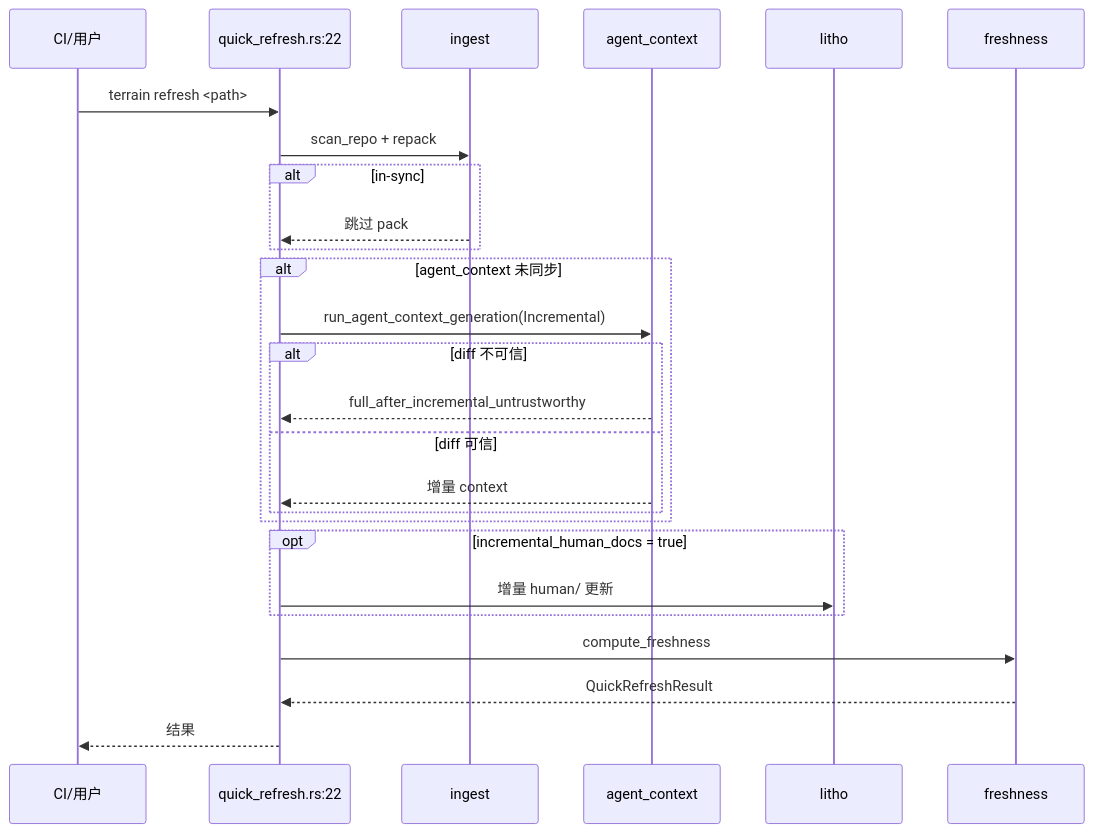
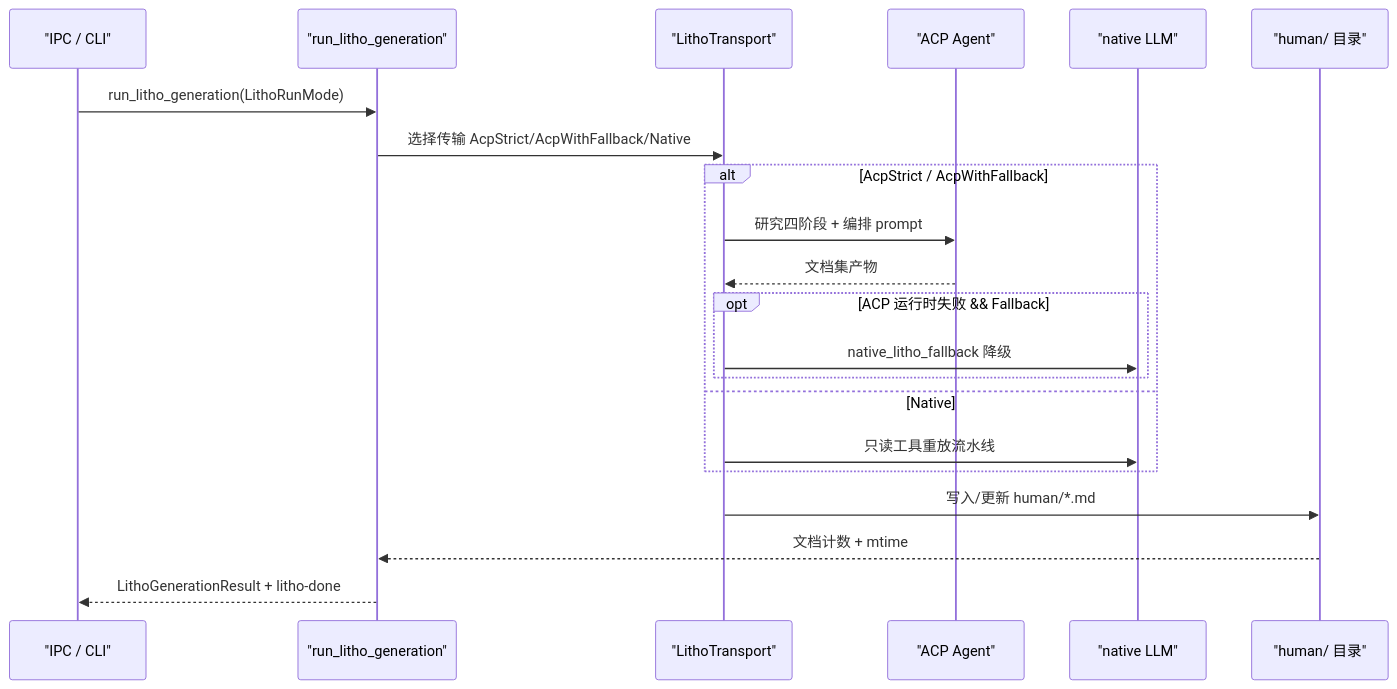
The ninth of 11 diagrams in .terrain/human/3.工作流.md (sopaco/terrain), drawn with Mermaid before and after one commit. The commit also changed other lines of this file and 29 other files, not shown here.

````diff
--- a/.terrain/human/3.工作流.md
+++ b/.terrain/human/3.工作流.md
@@ -199,29 +270,24 @@
 ```mermaid
 sequenceDiagram
-    participant CI as CI/用户
-    participant WF as quick_refresh.rs:22
-    participant ING as ingest
-    participant CTX as agent_context
-    participant LITHO as litho
-    participant FR as freshness
+    participant CLI as "IPC / CLI"
+    participant L as "run_litho_generation"
+    participant T as "LithoTransport"
+    participant A as "ACP Agent"
+    participant N as "native LLM"
+    participant FS as "human/ 目录"
 
-    CI->>WF: terrain refresh <path>
-    WF->>ING: scan_repo + repack
-    alt in-sync
-        ING-->>WF: 跳过 pack
+    CLI->>L: run_litho_generation(LithoRunMode)
+    L->>T: 选择传输 AcpStrict/AcpWithFallback/Native
+    alt AcpStrict / AcpWithFallback
+        T->>A: 研究四阶段 + 编排 prompt
+        A-->>T: 文档集产物
+        opt ACP 运行时失败 && Fallback
+            T->>N: native_litho_fallback 降级
+        end
+    else Native
+        T->>N: 只读工具重放流水线
     end
-    alt agent_context 未同步
-        WF->>CTX: run_agent_context_generation(Incremental)
-        alt diff 不可信
-            CTX-->>WF: full_after_incremental_untrustworthy
-        else diff 可信
-            CTX-->>WF: 增量 context
-        end
-    end
-    opt incremental_human_docs = true
-        WF->>LITHO: 增量 human/ 更新
-    end
-    WF->>FR: compute_freshness
-    FR-->>WF: QuickRefreshResult
-    WF-->>CI: 结果
+    T->>FS: 写入/更新 human/*.md
+    FS-->>L: 文档计数 + mtime
+    L-->>CLI: LithoGenerationResult + litho-done
 ```
````
